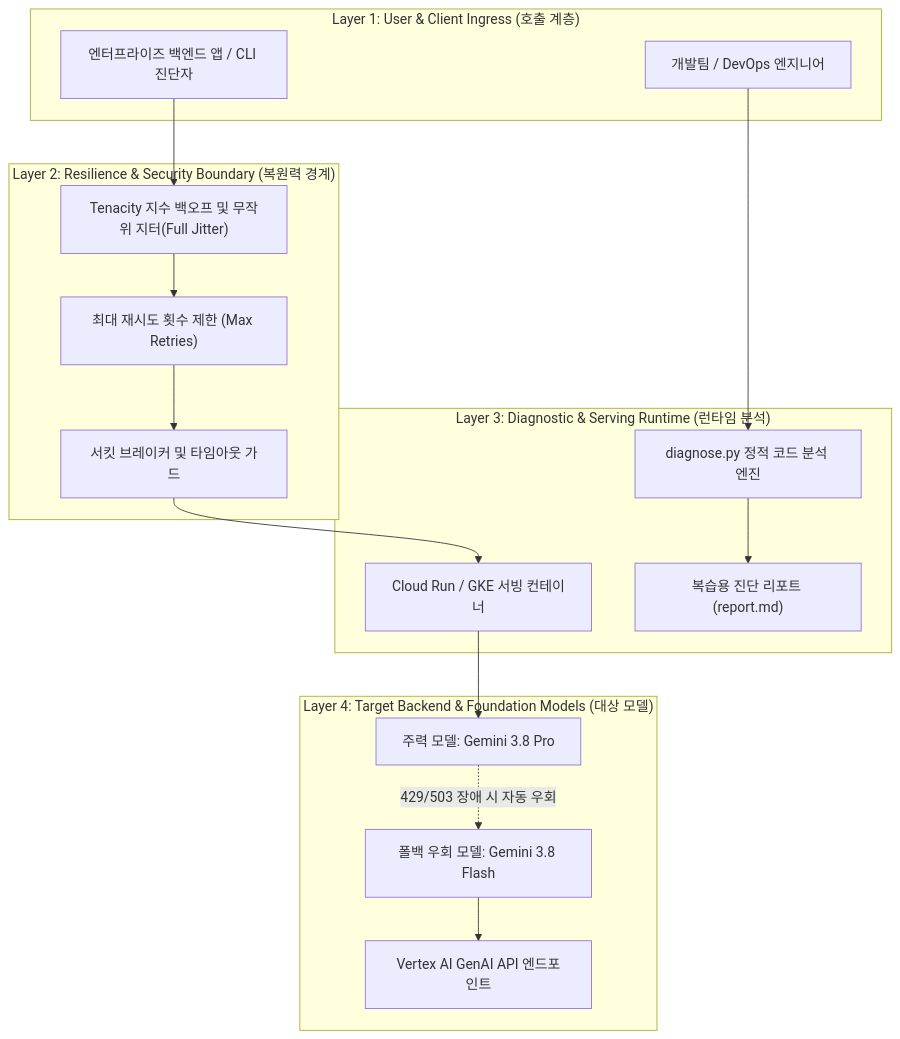
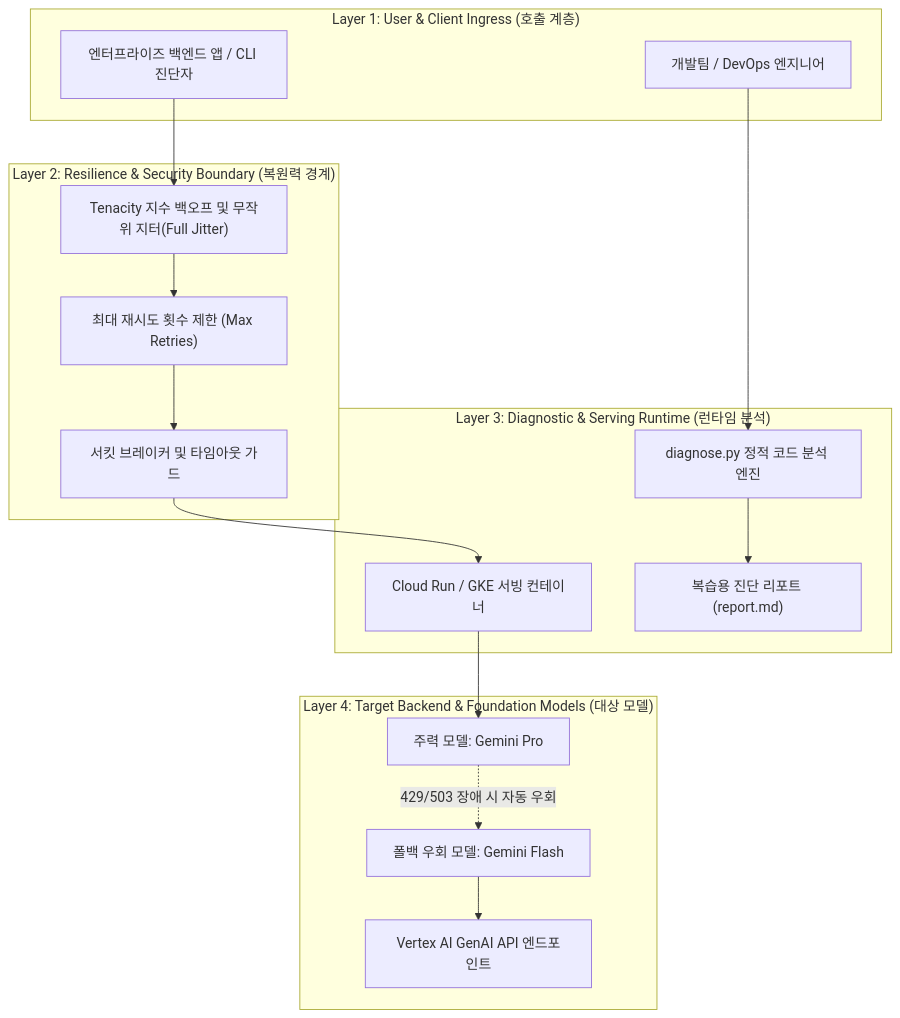
Before and after one commit to jiangjun-forge/google-cloud-0-to-1: the diagram in samples/gemini-resilience-checker/README.md, drawn with Mermaid. The commit also changed other lines of this file and 229 other files, not shown here.

````diff
--- a/samples/gemini-resilience-checker/README.md
+++ b/samples/gemini-resilience-checker/README.md
@@ -96,35 +96,35 @@
 ```mermaid
 flowchart TB
     subgraph Layer1["Layer 1: User & Client Ingress (호출 계층)"]
         ClientApp["엔터프라이즈 백엔드 앱 / CLI 진단자"]
         DevOps["개발팀 / DevOps 엔지니어"]
     end
 
     subgraph Layer2["Layer 2: Resilience & Security Boundary (복원력 경계)"]
         RetryPolicy["Tenacity 지수 백오프 및 무작위 지터(Full Jitter)"]
         MaxLimit["최대 재시도 횟수 제한 (Max Retries)"]
         CircuitBreaker["서킷 브레이커 및 타임아웃 가드"]
     end
 
     subgraph Layer3["Layer 3: Diagnostic & Serving Runtime (런타임 분석)"]
         Scanner["diagnose.py 정적 코드 분석 엔진"]
         AppServer["Cloud Run / GKE 서빙 컨테이너"]
         ReportGen["복습용 진단 리포트 (report.md)"]
     end
 
     subgraph Layer4["Layer 4: Target Backend & Foundation Models (대상 모델)"]
-        PrimaryModel["주력 모델: Gemini 3.8 Pro"]
-        FallbackModel["폴백 우회 모델: Gemini 3.8 Flash"]
+        PrimaryModel["주력 모델: Gemini Pro"]
+        FallbackModel["폴백 우회 모델: Gemini Flash"]
         VertexAPI["Vertex AI GenAI API 엔드포인트"]
     end
 
     DevOps --> Scanner
     Scanner --> ReportGen
     ClientApp --> RetryPolicy
     RetryPolicy --> MaxLimit
     MaxLimit --> CircuitBreaker
     CircuitBreaker --> AppServer
     AppServer --> PrimaryModel
     PrimaryModel -.->|"429/503 장애 시 자동 우회"| FallbackModel
     FallbackModel --> VertexAPI
 ```
````
